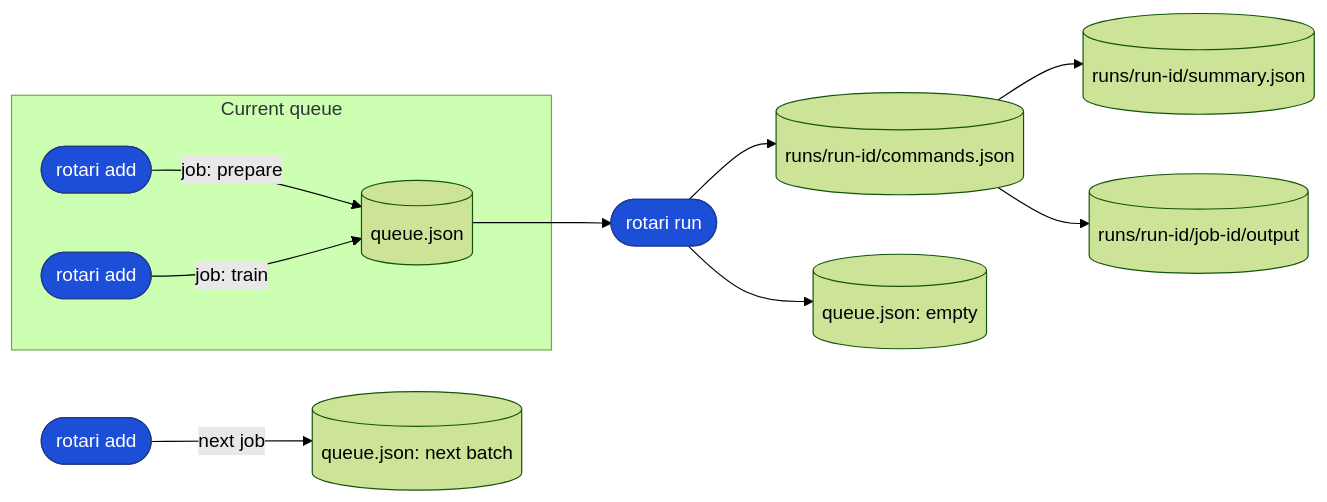
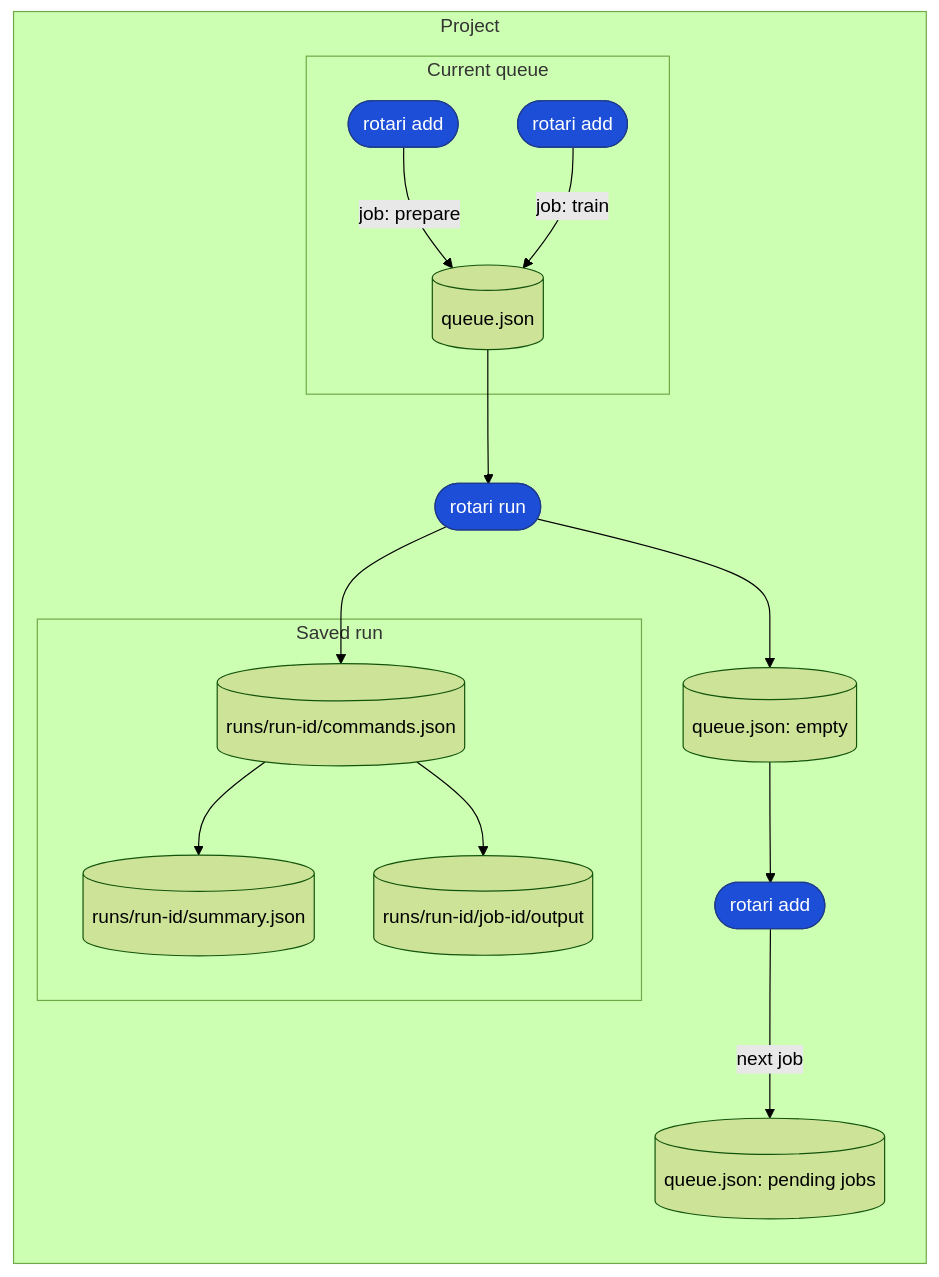
One commit to kamo-naoyuki/fjob changed the first of 2 diagrams in README.md. Above: the diagram before and after it, drawn with Mermaid (forest theme). The commit also changed other lines of this file and 2 other files, not shown here.

Commit message:
Improve web run controls and documentation

````diff
--- a/README.md
+++ b/README.md
@@ -240,17 +240,22 @@
 ```mermaid
 flowchart LR
-  subgraph current[Current queue]
-    prepare([rotari add]) -->|job: prepare| queue[(queue.json)]
-    train([rotari add]) -->|job: train| queue
+  subgraph project[Project]
+    subgraph current[Current queue]
+      prepare([rotari add]) -->|job: prepare| queue[(queue.json)]
+      train([rotari add]) -->|job: train| queue
+    end
+
+    queue --> start([rotari run])
+    subgraph history[Saved run]
+      snapshot[(runs/run-id/commands.json)] --> summary[(runs/run-id/summary.json)]
+      snapshot --> output[(runs/run-id/job-id/output)]
+    end
+    start --> snapshot
+    start --> cleared[(queue.json: empty)]
+    cleared --> next([rotari add])
+    next -->|next job| nextQueue[(queue.json: pending jobs)]
   end
-
-  queue --> start([rotari run])
-  start --> snapshot[(runs/run-id/commands.json)]
-  snapshot --> summary[(runs/run-id/summary.json)]
-  snapshot --> output[(runs/run-id/job-id/output)]
-  start --> cleared[(queue.json: empty)]
-  next([rotari add]) -->|next job| nextQueue[(queue.json: next batch)]
 
   classDef command fill:#1d4ed8,stroke:#1e3a8a,color:#ffffff
   class prepare,train,start,next command
 ```
````
